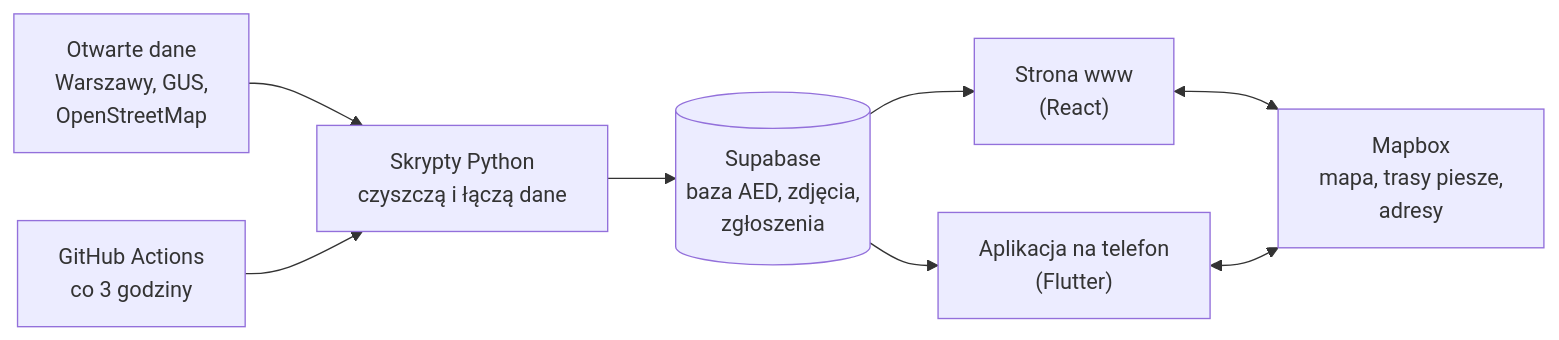
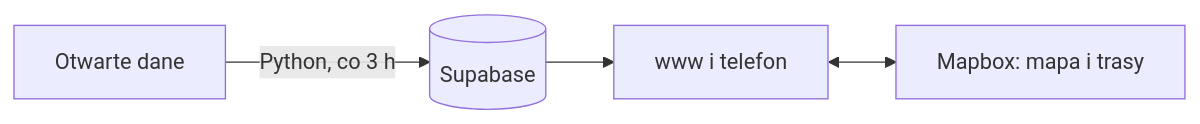
Before and after one commit to gitlassian/warsaw42: the diagram in README.md, drawn with Mermaid. The commit also changed other lines of this file, not shown here.

Commit message:
docs(readme): team info as a list, compact how-it-works diagram

````diff
--- a/README.md
+++ b/README.md
@@ -81,9 +79,6 @@
 ```mermaid
 flowchart LR
-  A["Otwarte dane<br>Warszawy, GUS,<br>OpenStreetMap"] --> B["Skrypty Python<br>czyszczą i łączą dane"]
-  B --> C[("Supabase<br>baza AED, zdjęcia,<br>zgłoszenia")]
-  C --> D["Strona www<br>(React)"]
-  C --> E["Aplikacja na telefon<br>(Flutter)"]
-  D & E <--> F["Mapbox<br>mapa, trasy piesze,<br>adresy"]
-  G["GitHub Actions<br>co 3 godziny"] --> B
+  A["Otwarte dane"] -- "Python, co 3 h" --> B[("Supabase")]
+  B --> C["www i telefon"]
+  C <--> D["Mapbox: mapa i trasy"]
 ```
````
